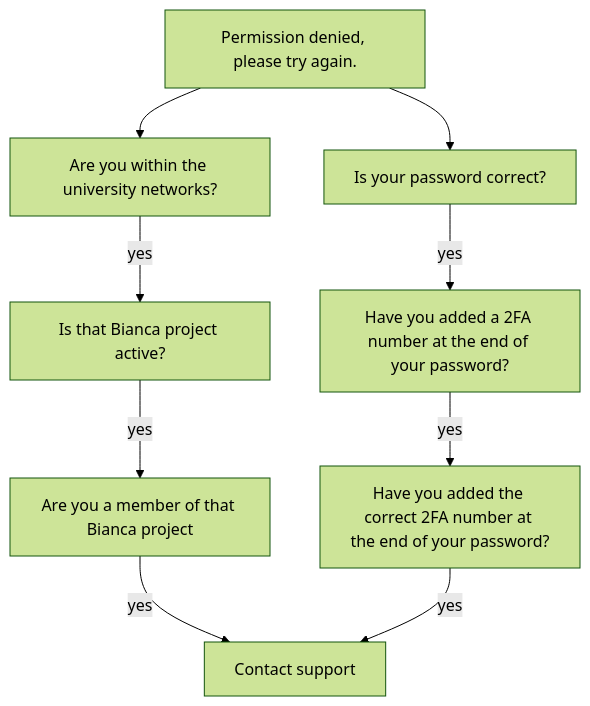
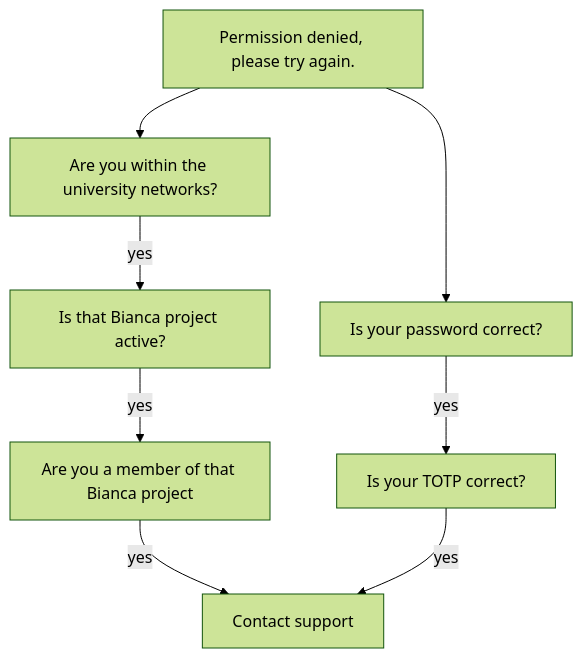
Before and after one commit to UPPMAX/UPPMAX-documentation: the diagram in docs/getting_started/login_bianca_console_password.md, drawn with Mermaid (forest theme). The commit also changed other lines of this file, not shown here.

Commit message:
Fix diagram. Thanks @Erikun. Fix #178

````diff
--- a/docs/getting_started/login_bianca_console_password.md
+++ b/docs/getting_started/login_bianca_console_password.md
@@ -255,22 +255,20 @@
 ```mermaid
 flowchart TD
     error[Permission denied, please try again.]
     correct_password[Is your password correct?]
-    added_2fa[Have you added a 2FA number at the end of your password?]
-    added_correct_2fa[Have you added the correct 2FA number at the end of your password?]
+    correct_totp[Is your TOTP correct?]
     in_sunet[Are you within the university networks?]
     active_bianca_project[Is that Bianca project active?]
     member_of_bianca_project[Are you a member of that Bianca project]
     contact_support[Contact support]
 
     error --> correct_password
     error --> in_sunet
     
     in_sunet --> |yes| active_bianca_project
 
-    correct_password --> |yes| added_2fa
-    added_2fa --> |yes| added_correct_2fa
+    correct_password --> |yes| correct_totp
     active_bianca_project -->  |yes| member_of_bianca_project
     member_of_bianca_project --> |yes| contact_support
-    added_correct_2fa --> |yes| contact_support
+    correct_totp --> |yes| contact_support
 ```
````
